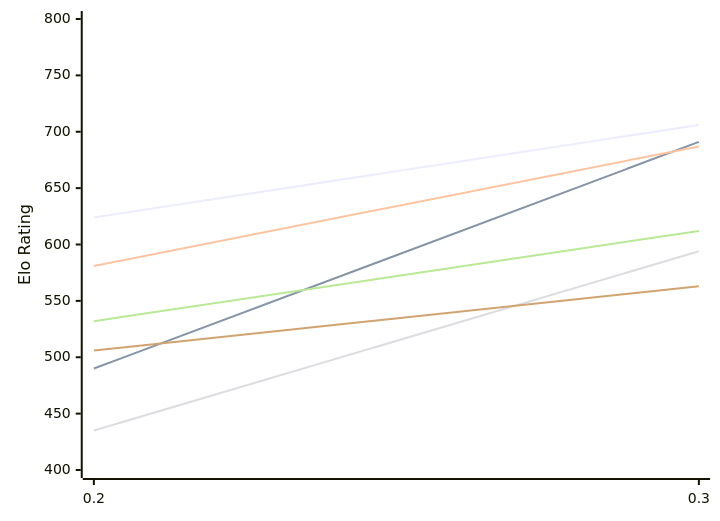
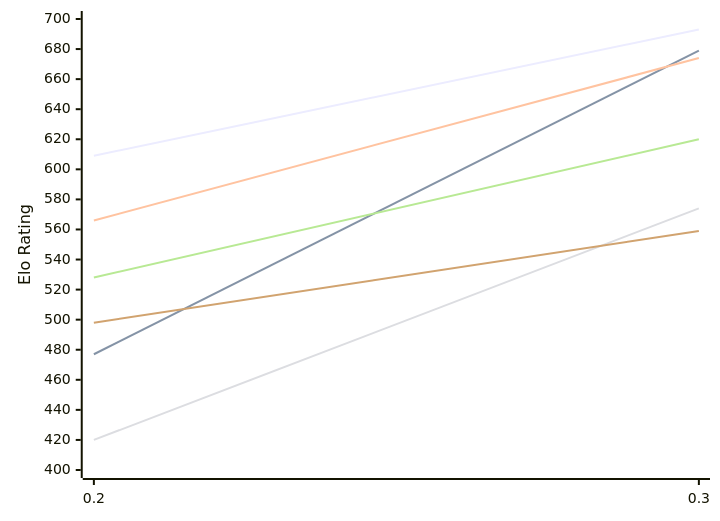
The first of 2 diagrams in engines/Magpie.md (computer-chess-index/cci), drawn with Mermaid before and after one commit. The commit also changed other lines of this file, not shown here.

Commit message:
Update CCI Ratings (ELO VLTC) - 2026-11-15

````diff
--- a/engines/Magpie.md
+++ b/engines/Magpie.md
@@ -50,12 +50,12 @@
 ```mermaid
 %%{init: {"theme":"base","themeVariables":{"seriesColors:['#a3a3a3','#222221','#faa371']}}}%%
 xychart-beta
   x-axis ["0.2", "0.3"]
-  y-axis "Elo Rating" 400 --> 800
-  line "E1: STC (8.0+0.08s)" [624, 706]
-  line "E1: LTC (60.0+0.60s)" [490, 691]
-  line "E1: VLTC (2m24s+1.12s)" [581, 687]
-  line "P1: STC (8.0+0.08s)" [435, 594]
-  line "P1: LTC (60.0+0.60s)" [532, 612]
-  line "P1: VLTC (2m24s+1.12s)" [506, 563]
+  y-axis "Elo Rating" 400 --> 700
+  line "E1: STC (8.0+0.08s)" [609, 693]
+  line "E1: LTC (60.0+0.60s)" [477, 679]
+  line "E1: VLTC (2m24s+1.12s)" [566, 674]
+  line "P1: STC (8.0+0.08s)" [420, 574]
+  line "P1: LTC (60.0+0.60s)" [528, 620]
+  line "P1: VLTC (2m24s+1.12s)" [498, 559]
 ```
````
